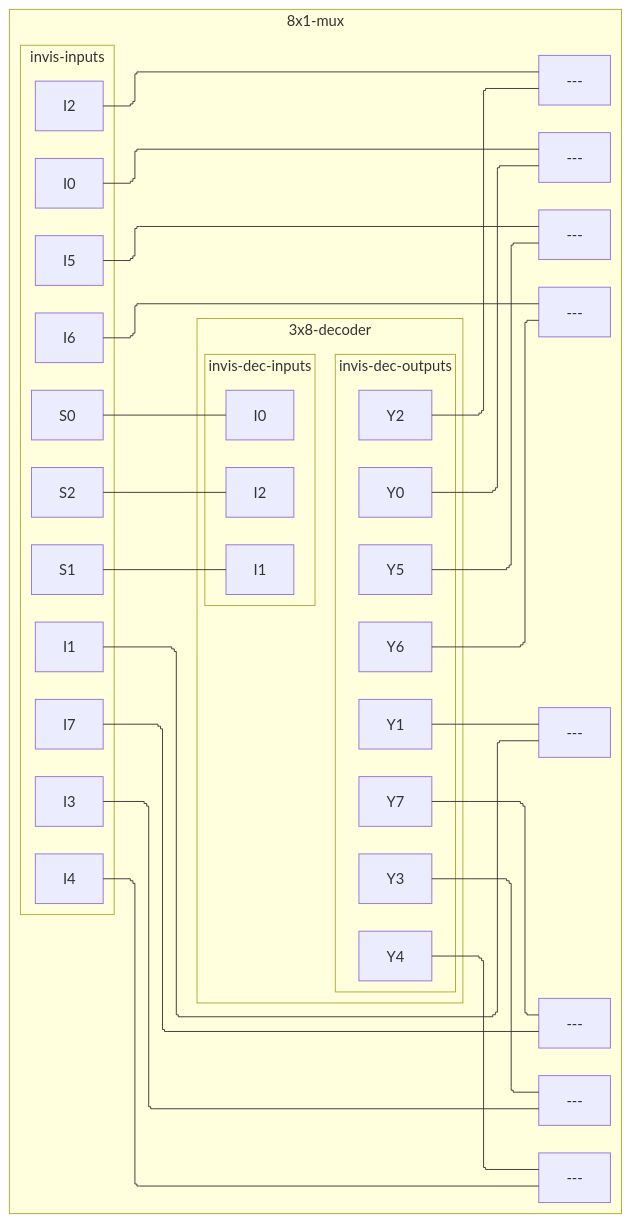
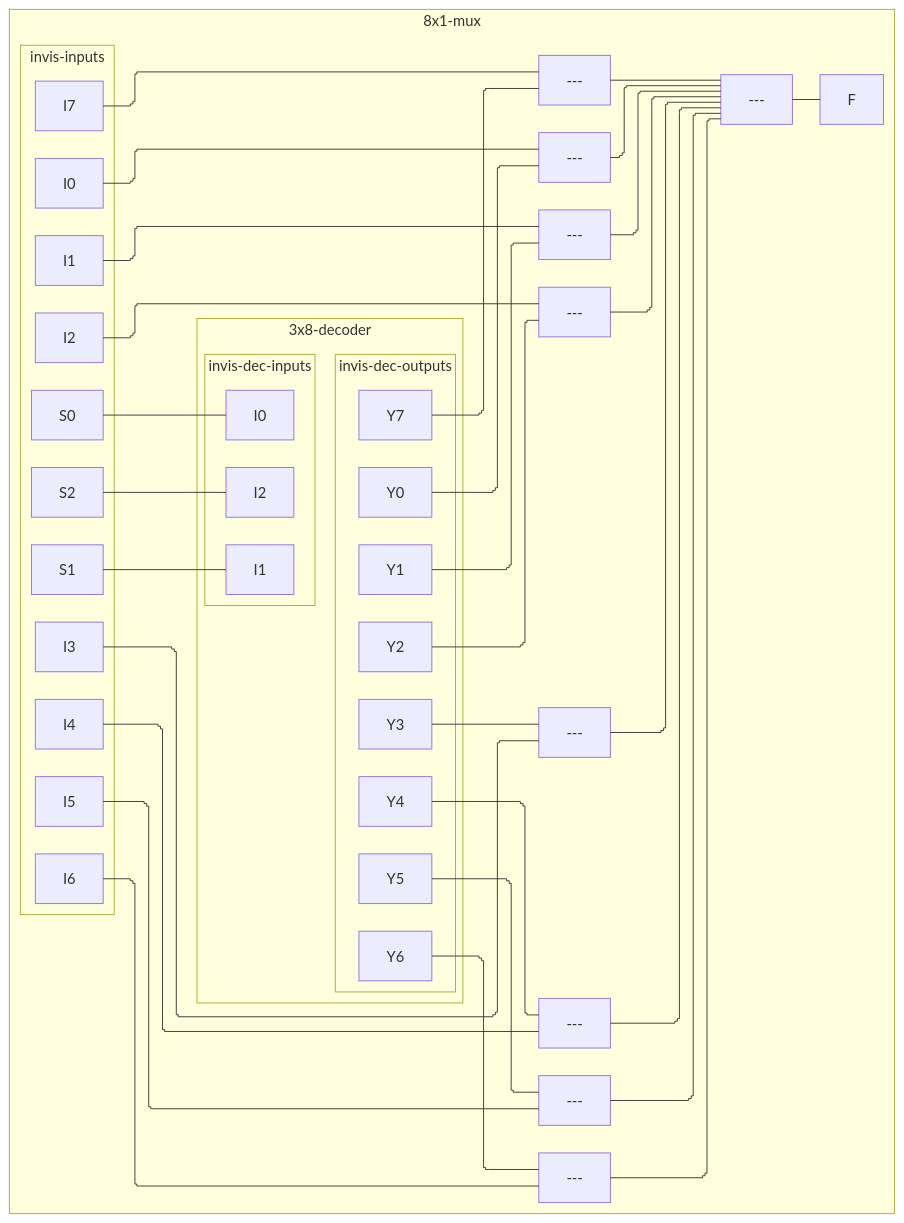
The fifth of 5 diagrams in CSDS 281 - Logic Design/HW/7/tables.md (tnichols217/notes), drawn with Mermaid before and after one commit.

Commit message:
vault backup: 2024-03-27 12:22:14

````diff
--- a/CSDS 281 - Logic Design/HW/7/tables.md
+++ b/CSDS 281 - Logic Design/HW/7/tables.md
@@ -192,45 +192,47 @@
 ```mermaid
 %%{ init: { 'flowchart': { 'curve': 'stepBefore', "defaultRenderer": "elk" } } }%%
 flowchart LR
 subgraph 8x1-mux
 subgraph invis-inputs
 I0
 I1
 I2
 I3
 I4
 I5
 I6
 I7
 S0
 S1
 S2
 end
 subgraph 3x8-decoder
 subgraph invis-dec-inputs
 S0 --- I0d[I0]
 S1 --- I1d[I1]
 S2 --- I2d[I2]
 end
 subgraph invis-dec-outputs
 Y0
 Y1
 Y2
 Y3
 Y4
 Y5
 Y6
 Y7
 end
 invis-dec-inputs ~~~ invis-dec-outputs
 end
 I0 & Y0 --- and0[---]
 I1 & Y1 --- and1[---]
 I2 & Y2 --- and2[---]
 I3 & Y3 --- and3[---]
 I4 & Y4 --- and4[---]
 I5 & Y5 --- and5[---]
 I6 & Y6 --- and6[---]
 I7 & Y7 --- and7[---]
+and0 & and1 & and2 & and3 & and4 & and5 & and6 & and7 --- or1[---]
+or1 --- F
 end
 ```
````
